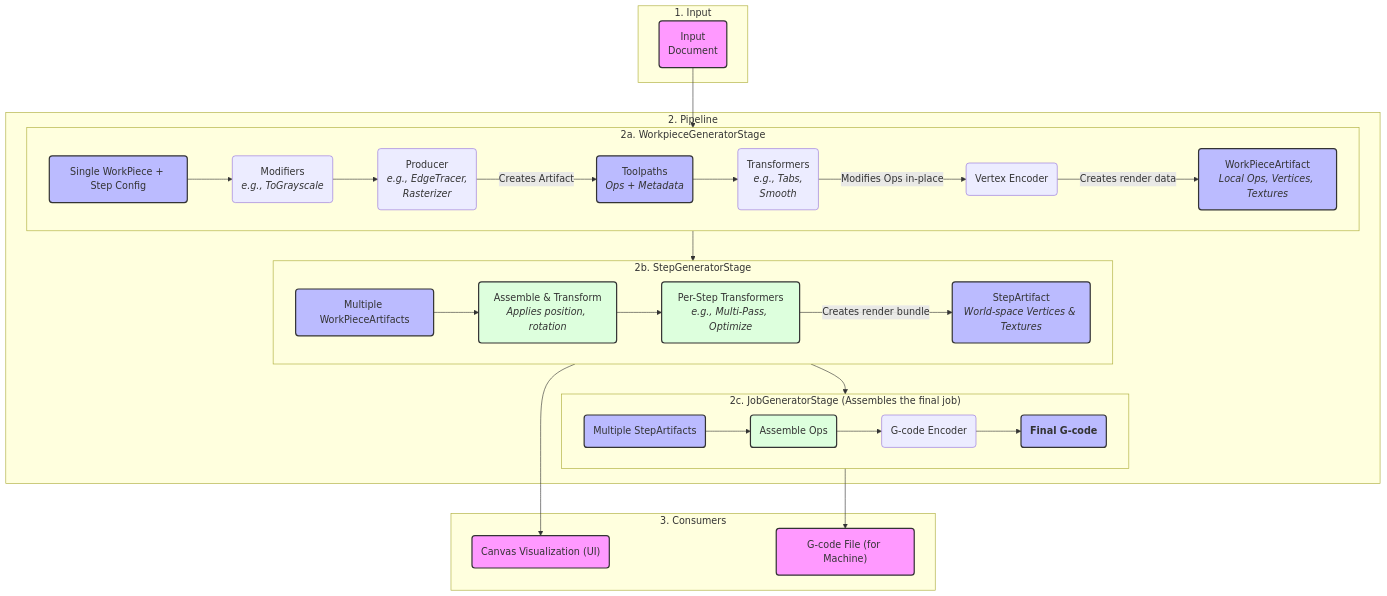
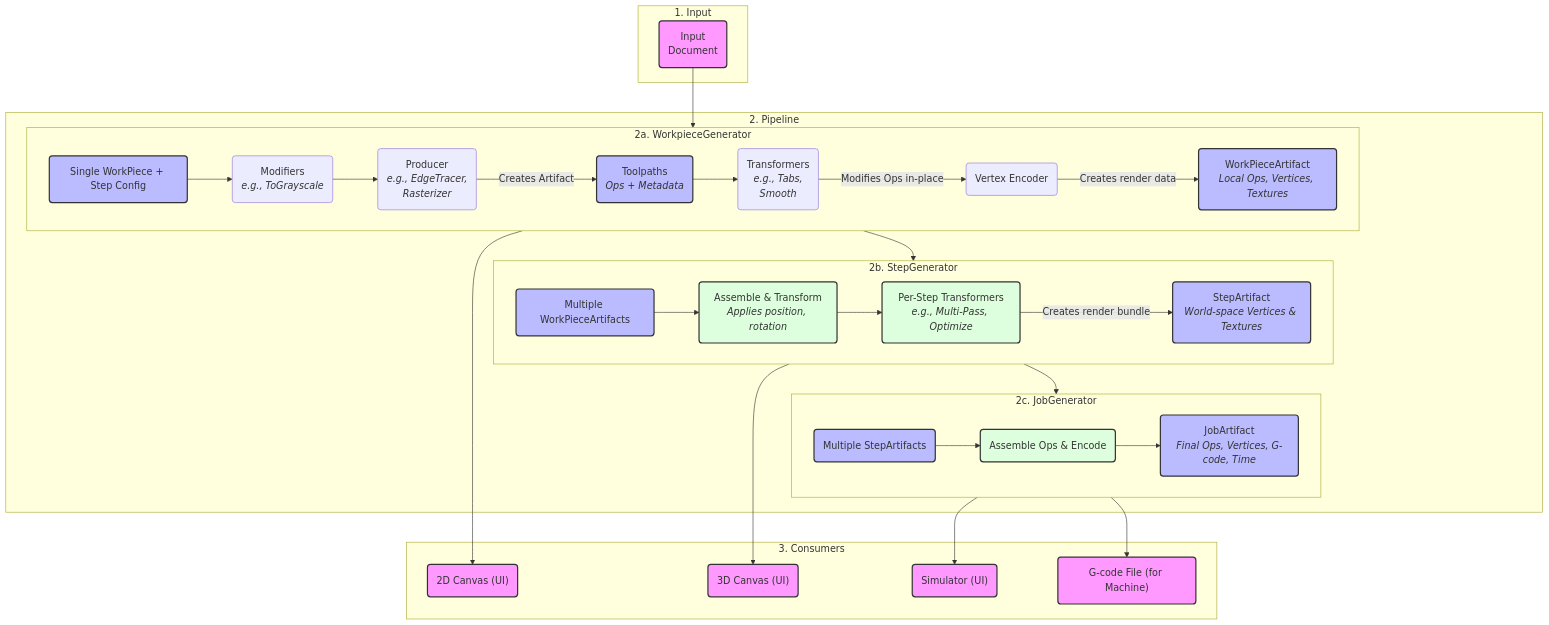
One commit to yuri-schmaltz/my-rayforge changed the diagram in website/content/docs/developer/pipeline.md. Above: the diagram before and after it, drawn with Mermaid. The commit also changed other lines of this file, not shown here.

````diff
--- a/website/content/docs/developer/pipeline.md
+++ b/website/content/docs/developer/pipeline.md
@@ -7,53 +7,56 @@
 ```mermaid
 graph TD
     subgraph "1. Input"
         Input("Input<br/>Document")
     end
 
     subgraph "2. Pipeline"
-        subgraph "2a. WorkpieceGeneratorStage"
+        subgraph "2a. WorkpieceGenerator"
             direction LR
             A(Single WorkPiece + Step Config);
             A --> B(Modifiers<br/><i>e.g., ToGrayscale</i>);
             B --> C(Producer<br/><i>e.g., EdgeTracer,<br/>Rasterizer</i>);
             C -- "Creates Artifact" --> D("Toolpaths<br/><i>Ops + Metadata</i>");
             D --> E(Transformers<br/><i>e.g., Tabs,<br/>Smooth</i>);
             E -- "Modifies Ops in-place" --> F(Vertex Encoder);
             F -- "Creates render data" --> G("WorkPieceArtifact<br/><i>Local Ops, Vertices, Textures</i>");
         end
         
-        subgraph "2b. StepGeneratorStage"
+        subgraph "2b. StepGenerator"
             direction LR
             H("Multiple WorkPieceArtifacts");
             H --> I(Assemble & Transform<br/><i>Applies position, rotation</i>);
             I --> J(Per-Step Transformers<br/><i>e.g., Multi-Pass, Optimize</i>);
             J -- "Creates render bundle" --> K("StepArtifact<br/><i>World-space Vertices & Textures</i>")
         end
 
-        subgraph "2c. JobGeneratorStage (Assembles the final job)"
+        subgraph "2c. JobGenerator"
             direction LR
             L("Multiple StepArtifacts");
-            L --> M(Assemble Ops);
-            M --> N(G-code Encoder);
-            N --> O(<b>Final G-code</b>);
+            L --> M(Assemble Ops & Encode);
+            M --> N("JobArtifact<br/><i>Final Ops, Vertices, G-code, Time</i>");
         end
     end
 
     subgraph "3. Consumers"
-        Vis("Canvas Visualization (UI)")
+        Vis2D("2D Canvas (UI)")
+        Vis3D("3D Canvas (UI)")
+        Simulator("Simulator (UI)")
         File("G-code File (for Machine)")
     end
 
     Input --> A;
     G --> H;
+    G --> Vis2D;
     K --> L;
-    K --> Vis;
-    O --> File;
+    K --> Vis3D;
+    N --> Simulator;
+    N --> File;
 
     classDef io fill:#f9f,stroke:#333,stroke-width:2px;
     classDef output fill:#bbf,stroke:#333,stroke-width:2px,max-width:500px;
     classDef highlight fill:#dfd,stroke:#333,stroke-width:2px;
-    class Input,Vis,File io;
-    class A,D,G,H,K,L,O output;
+    class Input,Vis2D,Vis3D,Simulator,File io;
+    class A,D,G,H,K,L,N output;
     class I,J,M highlight
 ```
````
